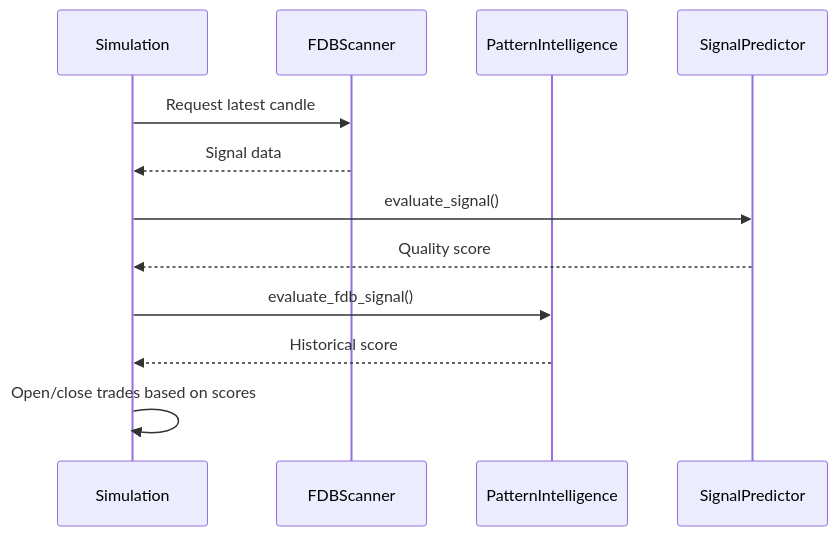
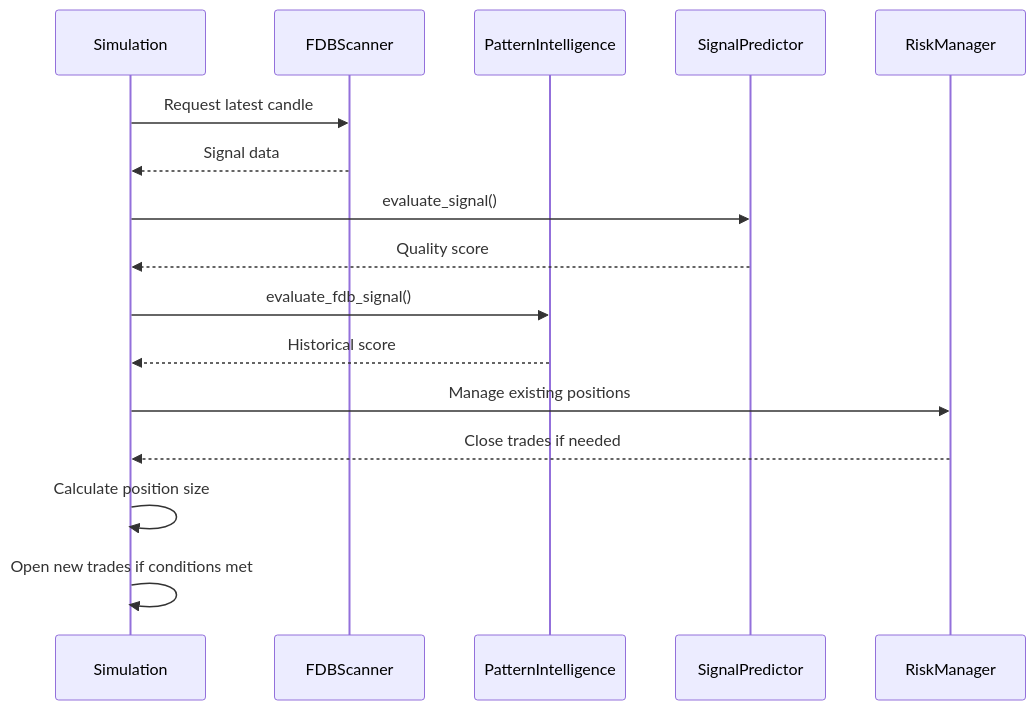
One commit to jgwill/jgtml changed the second of 2 diagrams in docs/complex_trading_simulation.md. Above: the diagram before and after it, drawn with Mermaid. The commit also changed other lines of this file and 1 other file, not shown here.

````diff
--- a/docs/complex_trading_simulation.md
+++ b/docs/complex_trading_simulation.md
@@ -35,15 +39,19 @@
 ```mermaid
 sequenceDiagram
     participant Sim as Simulation
     participant Scan as FDBScanner
     participant Intel as PatternIntelligence
     participant Pred as SignalPredictor
+    participant Risk as RiskManager
 
     Sim->>Scan: Request latest candle
     Scan-->>Sim: Signal data
     Sim->>Pred: evaluate_signal()
     Pred-->>Sim: Quality score
     Sim->>Intel: evaluate_fdb_signal()
     Intel-->>Sim: Historical score
-    Sim->>Sim: Open/close trades based on scores
+    Sim->>Risk: Manage existing positions
+    Risk-->>Sim: Close trades if needed
+    Sim->>Sim: Calculate position size
+    Sim->>Sim: Open new trades if conditions met
 ```
````
